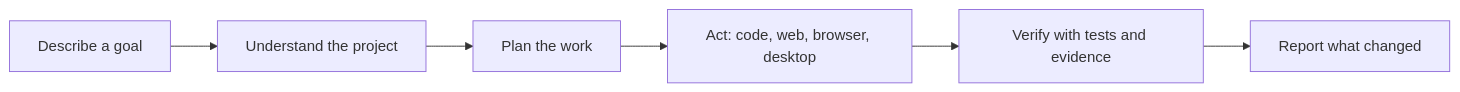
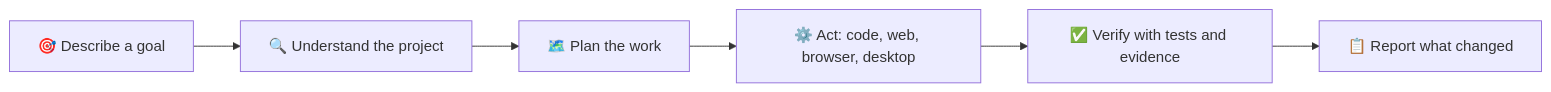
One commit to dragonked2/alphacode changed the first of 6 diagrams in README.md. Above: the diagram before and after it, drawn with Mermaid. The commit also changed other lines of this file and 202 other files, not shown here.

````diff
--- a/README.md
+++ b/README.md
@@ -116,8 +144,8 @@
 ```mermaid
 flowchart LR
-    A["Describe a goal"] --> B["Understand the project"]
-    B --> C["Plan the work"]
-    C --> D["Act: code, web, browser, desktop"]
-    D --> E["Verify with tests and evidence"]
-    E --> F["Report what changed"]
+    A["🎯 Describe a goal"] --> B["🔍 Understand the project"]
+    B --> C["🗺️ Plan the work"]
+    C --> D["⚙️ Act: code, web, browser, desktop"]
+    D --> E["✅ Verify with tests and evidence"]
+    E --> F["📋 Report what changed"]
 ```
````
